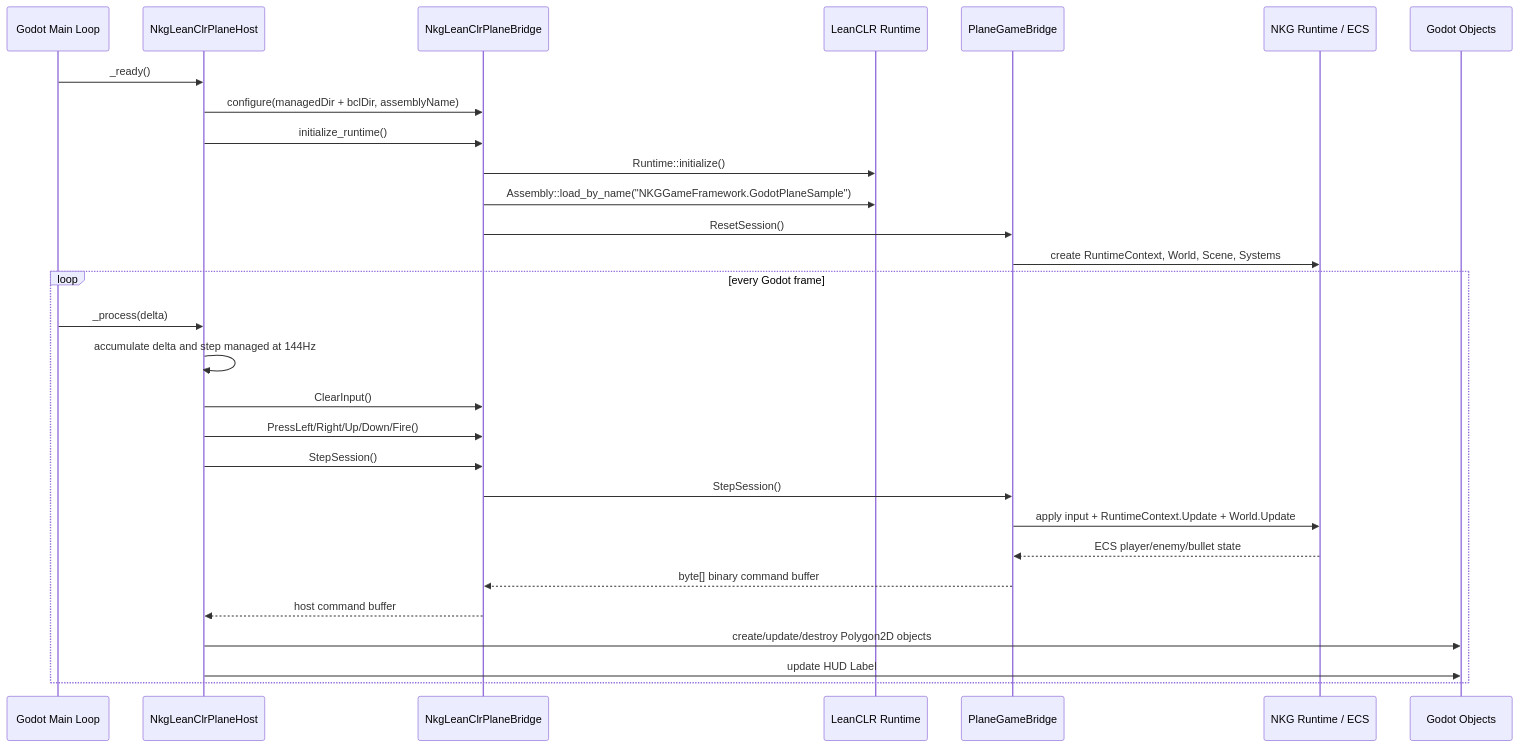
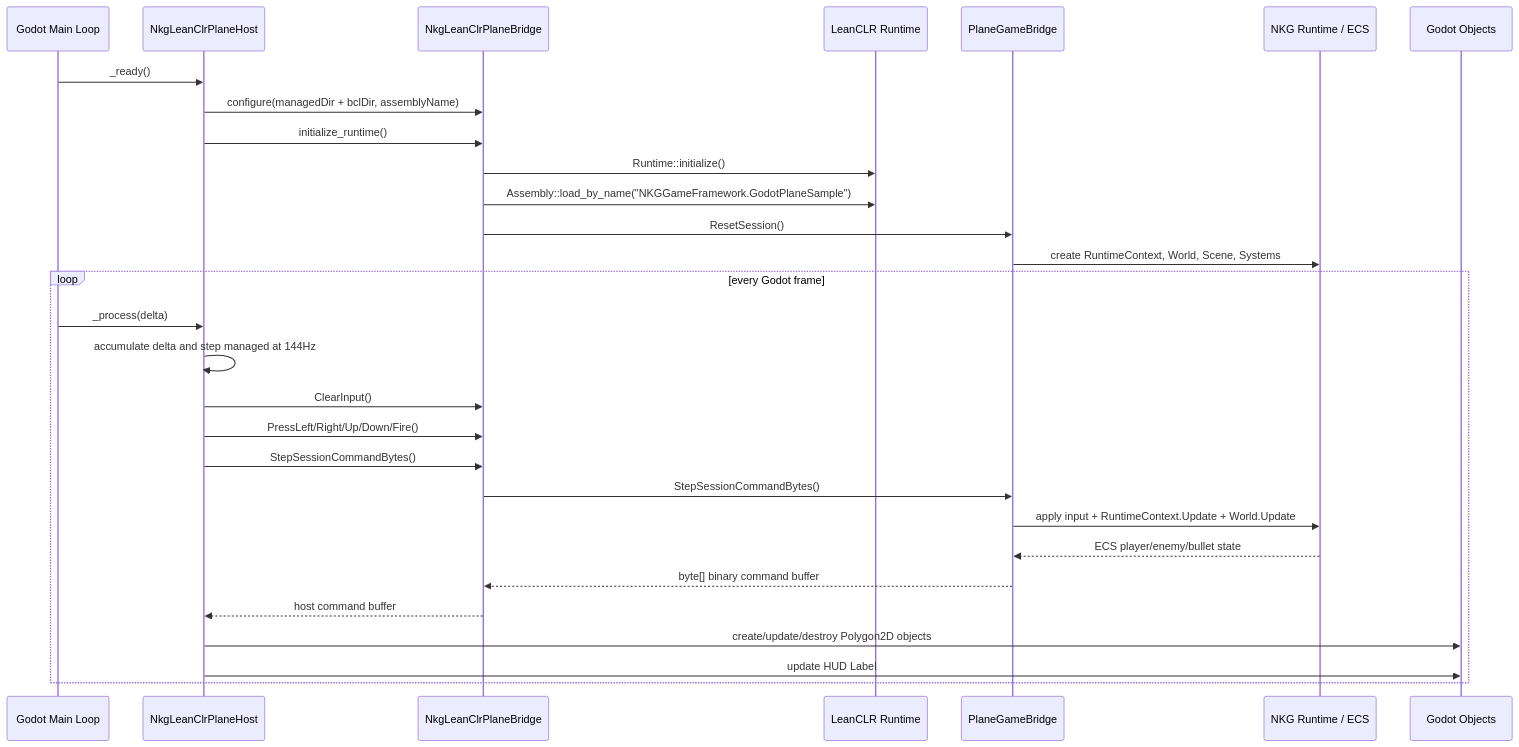
One commit to wqaetly/NKGGameFramework changed the second of 3 diagrams in docs/godot-leanclr-runtime-structure.md. Above: the diagram before and after it, drawn with Mermaid. The commit also changed other lines of this file and 7 other files, not shown here.

````diff
--- a/docs/godot-leanclr-runtime-structure.md
+++ b/docs/godot-leanclr-runtime-structure.md
@@ -98,33 +98,33 @@
 ```mermaid
 sequenceDiagram
     participant Godot as Godot Main Loop
     participant Host as NkgLeanClrPlaneHost
     participant Bridge as NkgLeanClrPlaneBridge
     participant CLR as LeanCLR Runtime
     participant Managed as PlaneGameBridge
     participant NKG as NKG Runtime / ECS
     participant Obj as Godot Objects
 
     Godot->>Host: _ready()
     Host->>Bridge: configure(managedDir + bclDir, assemblyName)
     Host->>Bridge: initialize_runtime()
     Bridge->>CLR: Runtime::initialize()
     Bridge->>CLR: Assembly::load_by_name("NKGGameFramework.GodotPlaneSample")
     Bridge->>Managed: ResetSession()
     Managed->>NKG: create RuntimeContext, World, Scene, Systems
 
     loop every Godot frame
         Godot->>Host: _process(delta)
         Host->>Host: accumulate delta and step managed at 144Hz
         Host->>Bridge: ClearInput()
         Host->>Bridge: PressLeft/Right/Up/Down/Fire()
-        Host->>Bridge: StepSession()
-        Bridge->>Managed: StepSession()
+        Host->>Bridge: StepSessionCommandBytes()
+        Bridge->>Managed: StepSessionCommandBytes()
         Managed->>NKG: apply input + RuntimeContext.Update + World.Update
         NKG-->>Managed: ECS player/enemy/bullet state
         Managed-->>Bridge: byte[] binary command buffer
         Bridge-->>Host: host command buffer
         Host->>Obj: create/update/destroy Polygon2D objects
         Host->>Obj: update HUD Label
     end
 ```
````
